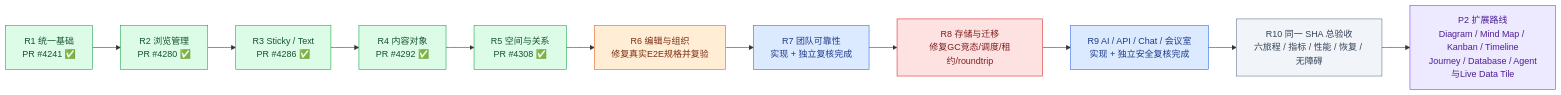
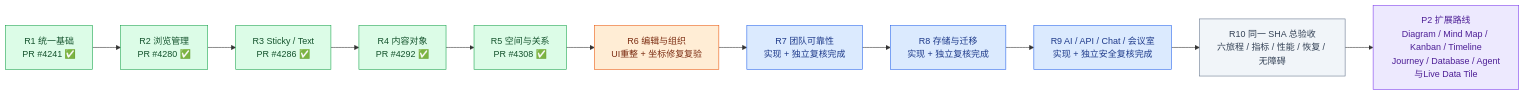
The first of 3 diagrams in phases/phase-19-board-visual-workspace/design-deltas/2026-09-26-unified-board-plan.md (boardx/workspacex), drawn with Mermaid before and after one commit. The commit also changed other lines of this file, not shown here.

````diff
--- a/phases/phase-19-board-visual-workspace/design-deltas/2026-09-26-unified-board-plan.md
+++ b/phases/phase-19-board-visual-workspace/design-deltas/2026-09-26-unified-board-plan.md
@@ -23,20 +23,20 @@
 ```mermaid
 flowchart LR
   R1["R1 统一基础<br/>PR #4241 ✅"]:::merged --> R2["R2 浏览管理<br/>PR #4280 ✅"]:::merged
   R2 --> R3["R3 Sticky / Text<br/>PR #4286 ✅"]:::merged
   R3 --> R4["R4 内容对象<br/>PR #4292 ✅"]:::merged
   R4 --> R5["R5 空间与关系<br/>PR #4308 ✅"]:::merged
-  R5 --> R6["R6 编辑与组织<br/>修复真实E2E规格并复验"]:::working
+  R5 --> R6["R6 编辑与组织<br/>UI重整 + 坐标修复复验"]:::working
   R6 --> R7["R7 团队可靠性<br/>实现 + 独立复核完成"]:::ready
-  R7 --> R8["R8 存储与迁移<br/>修复GC竞态/调度/租约/roundtrip"]:::blocked
+  R7 --> R8["R8 存储与迁移<br/>实现 + 独立复核完成"]:::ready
   R8 --> R9["R9 AI / API / Chat / 会议室<br/>实现 + 独立安全复核完成"]:::ready
   R9 --> R10["R10 同一 SHA 总验收<br/>六旅程 / 指标 / 性能 / 恢复 / 无障碍"]:::todo
   R10 --> P2["P2 扩展路线<br/>Diagram / Mind Map / Kanban / Timeline<br/>Journey / Database / Agent与Live Data Tile"]:::future
   classDef merged fill:#dcfce7,stroke:#16a34a,color:#14532d
   classDef accepting fill:#fef3c7,stroke:#d97706,color:#78350f
   classDef ready fill:#dbeafe,stroke:#2563eb,color:#1e3a8a
   classDef working fill:#ffedd5,stroke:#ea580c,color:#7c2d12
   classDef blocked fill:#fee2e2,stroke:#dc2626,color:#7f1d1d
   classDef todo fill:#f1f5f9,stroke:#64748b,color:#334155
   classDef future fill:#ede9fe,stroke:#7c3aed,color:#4c1d95
 ```
````
